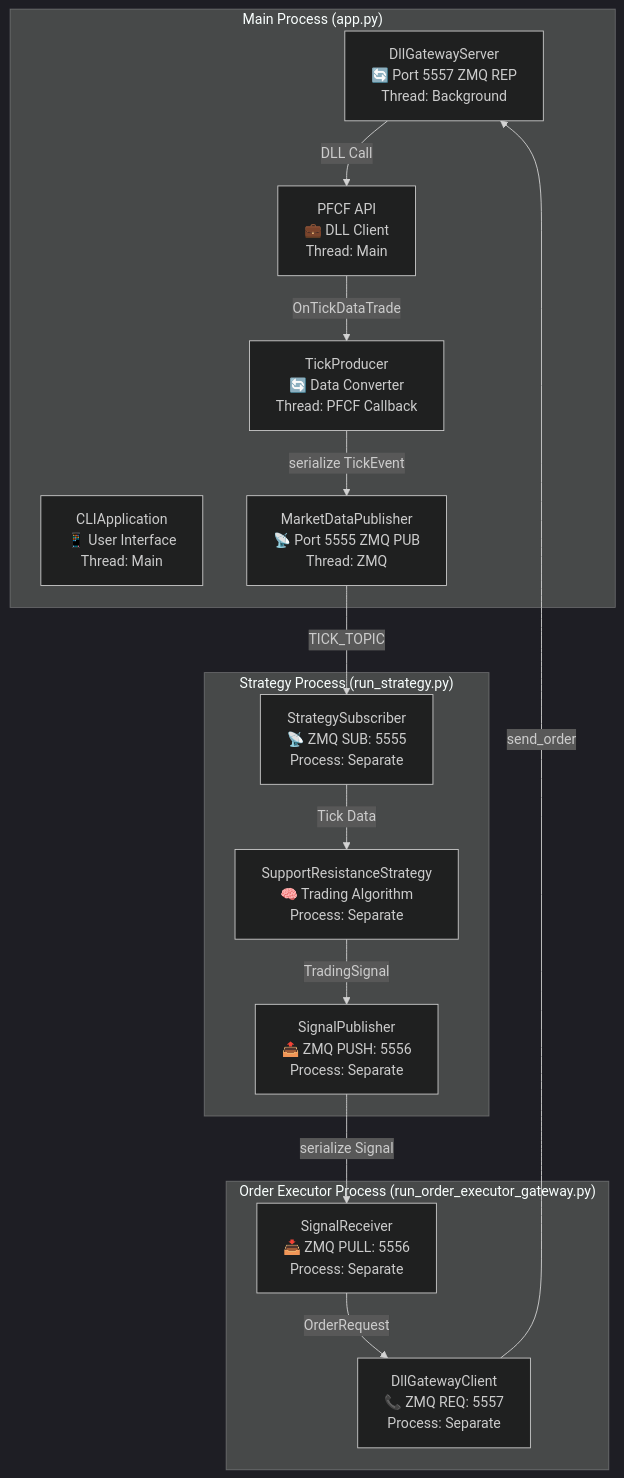
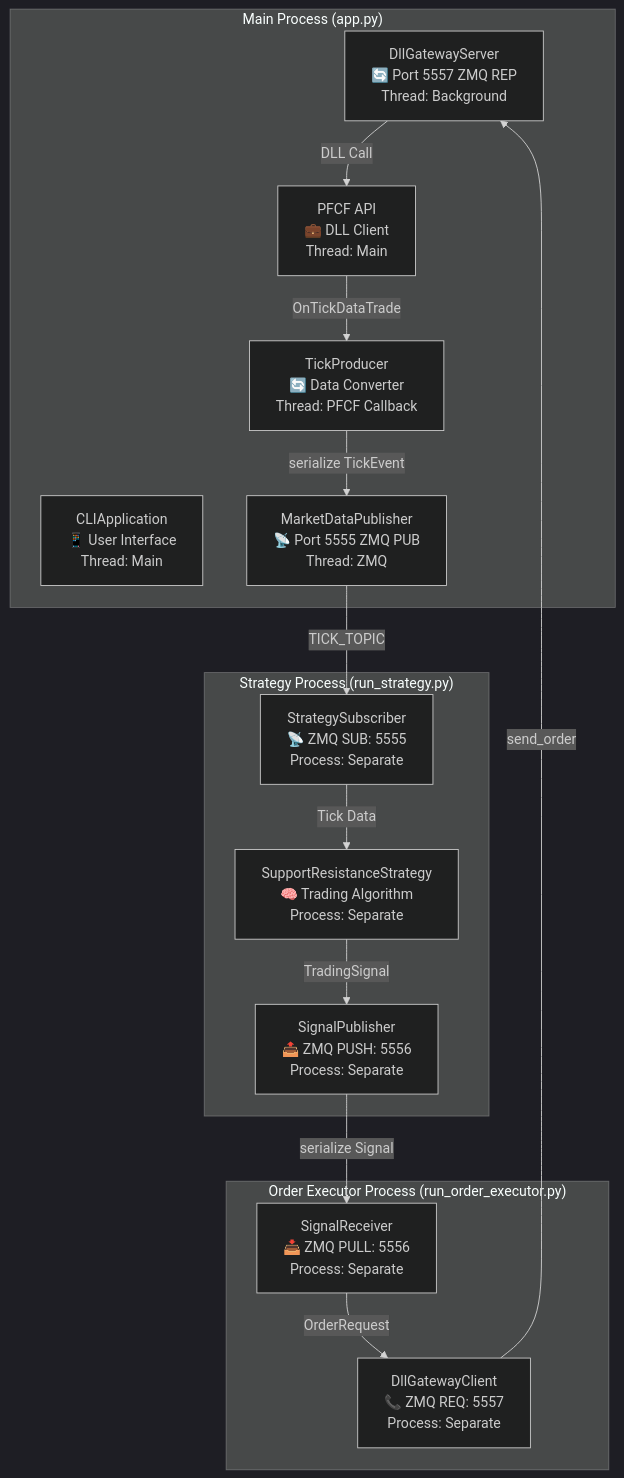
The third of 5 diagrams in docs/guides/ALLINONE_CONTROLLER_GUIDE.md (ttpss930141011/auto-futures-trading-machine), drawn with Mermaid (dark theme) before and after one commit. The commit also changed other lines of this file and 50 other files, not shown here.

````diff
--- a/docs/guides/ALLINONE_CONTROLLER_GUIDE.md
+++ b/docs/guides/ALLINONE_CONTROLLER_GUIDE.md
@@ -78,31 +78,31 @@
 ```mermaid
 graph TB
     subgraph "Main Process (app.py)"
         CLI["CLIApplication<br/>📱 User Interface<br/>Thread: Main"]
         DGS["DllGatewayServer<br/>🔄 Port 5557 ZMQ REP<br/>Thread: Background"]
         MDP["MarketDataPublisher<br/>📡 Port 5555 ZMQ PUB<br/>Thread: ZMQ"]
         TP["TickProducer<br/>🔄 Data Converter<br/>Thread: PFCF Callback"]
         PFCF["PFCF API<br/>💼 DLL Client<br/>Thread: Main"]
     end
     
     subgraph "Strategy Process (run_strategy.py)"
         SS["StrategySubscriber<br/>📡 ZMQ SUB: 5555<br/>Process: Separate"]
         SRS["SupportResistanceStrategy<br/>🧠 Trading Algorithm<br/>Process: Separate"]
         SP["SignalPublisher<br/>📤 ZMQ PUSH: 5556<br/>Process: Separate"]
     end
     
-    subgraph "Order Executor Process (run_order_executor_gateway.py)"
+    subgraph "Order Executor Process (run_order_executor.py)"
         SR["SignalReceiver<br/>📥 ZMQ PULL: 5556<br/>Process: Separate"]
         GC["DllGatewayClient<br/>📞 ZMQ REQ: 5557<br/>Process: Separate"]
     end
     
     PFCF -->|OnTickDataTrade| TP
     TP -->|serialize TickEvent| MDP
     MDP -->|TICK_TOPIC| SS
     SS -->|Tick Data| SRS
     SRS -->|TradingSignal| SP
     SP -->|serialize Signal| SR
     SR -->|OrderRequest| GC
     GC -->|send_order| DGS
     DGS -->|DLL Call| PFCF
 ```
````
